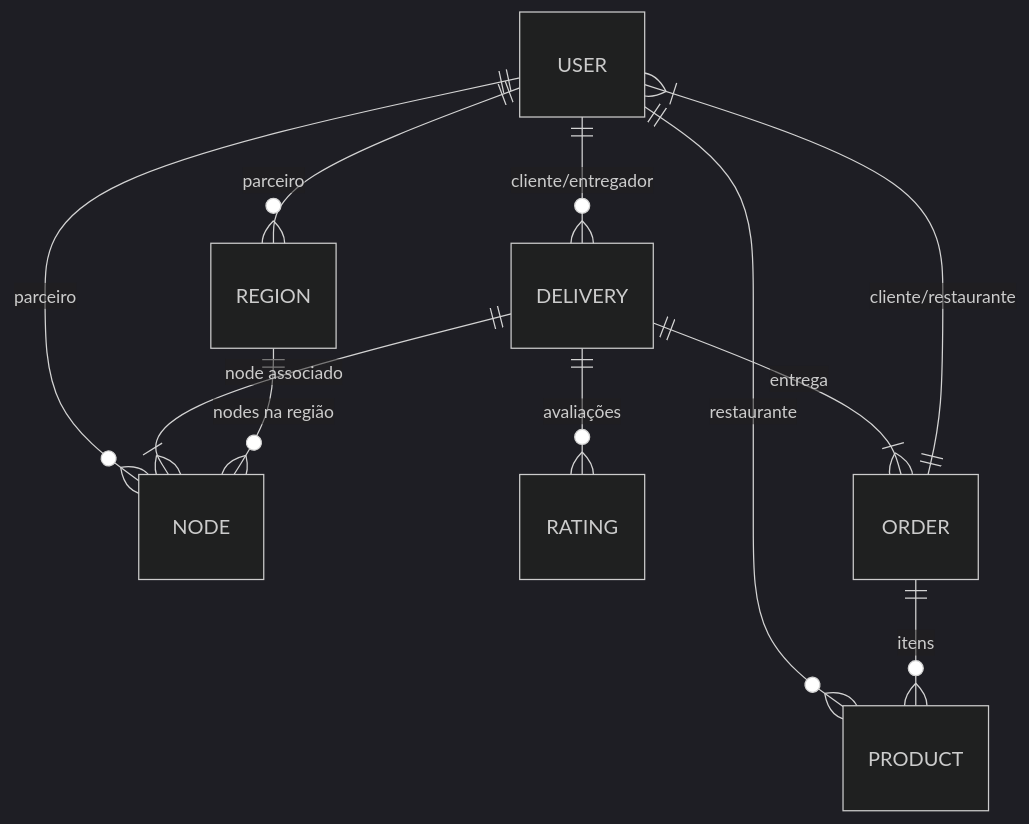
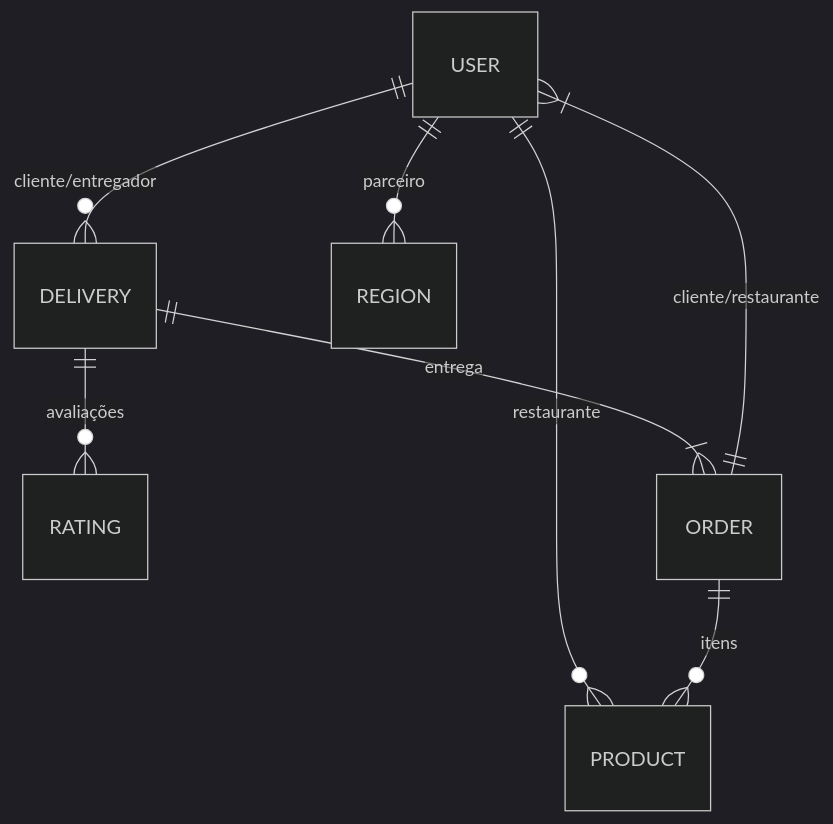
Before and after one commit to nishino-ltda/todoke: the diagram in README.md, drawn with Mermaid (dark theme). The commit also changed other lines of this file and 136 other files, not shown here.

Commit message:
refactor: remove node-related infrastructure and implement RoleUser-based authentication and routing

````diff
--- a/README.md
+++ b/README.md
@@ -23,13 +23,10 @@
 ```mermaid
 erDiagram
     USER ||--o{ DELIVERY : "cliente/entregador"
-    USER ||--o{ NODE : "parceiro"
     USER ||--o{ REGION : "parceiro"
     USER ||--o{ PRODUCT : "restaurante"
     DELIVERY ||--o{ RATING : "avaliações"
-    DELIVERY ||--|{ NODE : "node associado"
     DELIVERY ||--|{ ORDER : "entrega"
-    REGION ||--o{ NODE : "nodes na região"
     ORDER ||--o{ PRODUCT : "itens"
     ORDER ||--|{ USER : "cliente/restaurante"
 ```
````
